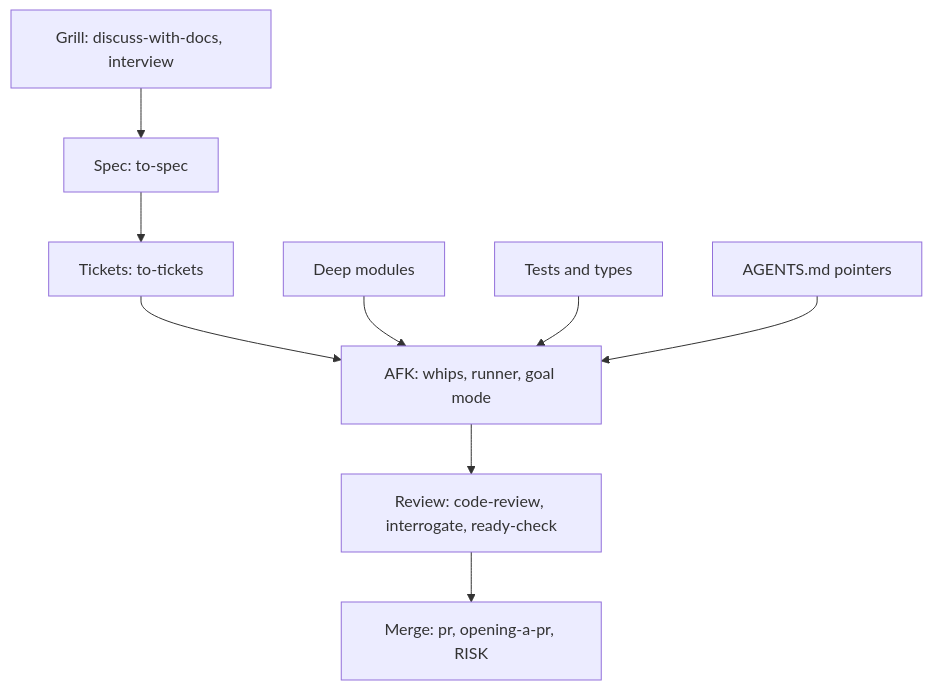
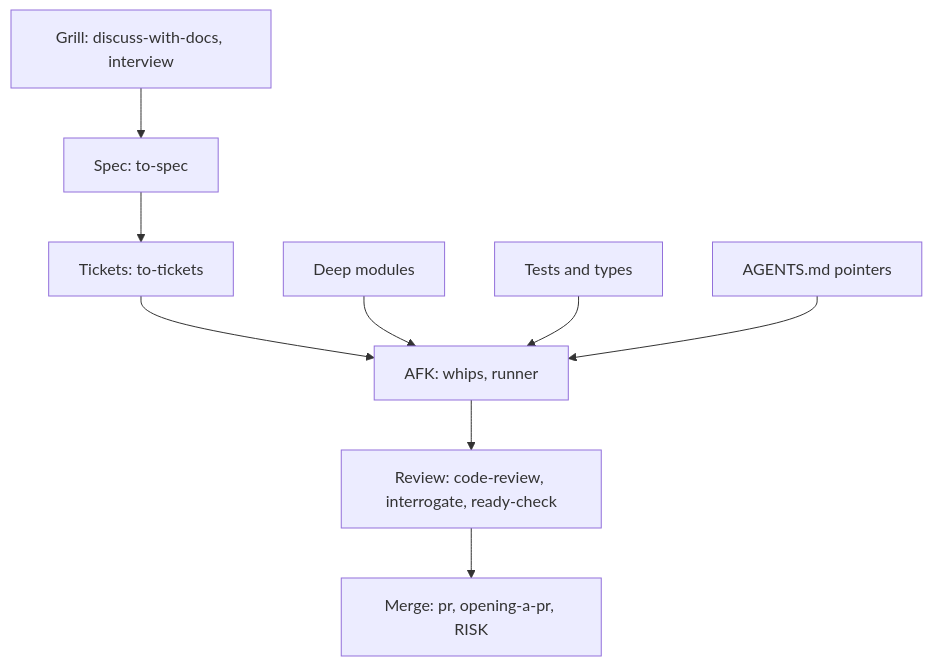
Before and after one commit to TudeOrangBiasa/skills-for-agents: the second of 4 diagrams in skills/user-invoked/guide/FACTORY.md, drawn with Mermaid. The commit also changed other lines of this file and 11 other files, not shown here.

Commit message:
deprecate(whips): remove goals mode and VIBE-MAPPING entirely (#122)

````diff
--- a/skills/user-invoked/guide/FACTORY.md
+++ b/skills/user-invoked/guide/FACTORY.md
@@ -51,7 +51,7 @@
 ```mermaid
 flowchart TD
-    Grill["Grill: discuss-with-docs, interview"] --> Spec["Spec: to-spec"] --> Tickets["Tickets: to-tickets"] --> AFK["AFK: whips, runner, goal mode"] --> Review["Review: code-review, interrogate, ready-check"] --> Merge["Merge: pr, opening-a-pr, RISK"]
+    Grill["Grill: discuss-with-docs, interview"] --> Spec["Spec: to-spec"] --> Tickets["Tickets: to-tickets"] --> AFK["AFK: whips, runner"] --> Review["Review: code-review, interrogate, ready-check"] --> Merge["Merge: pr, opening-a-pr, RISK"]
     Deep["Deep modules"] --> AFK
     Tests["Tests and types"] --> AFK
     Idx["AGENTS.md pointers"] --> AFK
 ```
````
